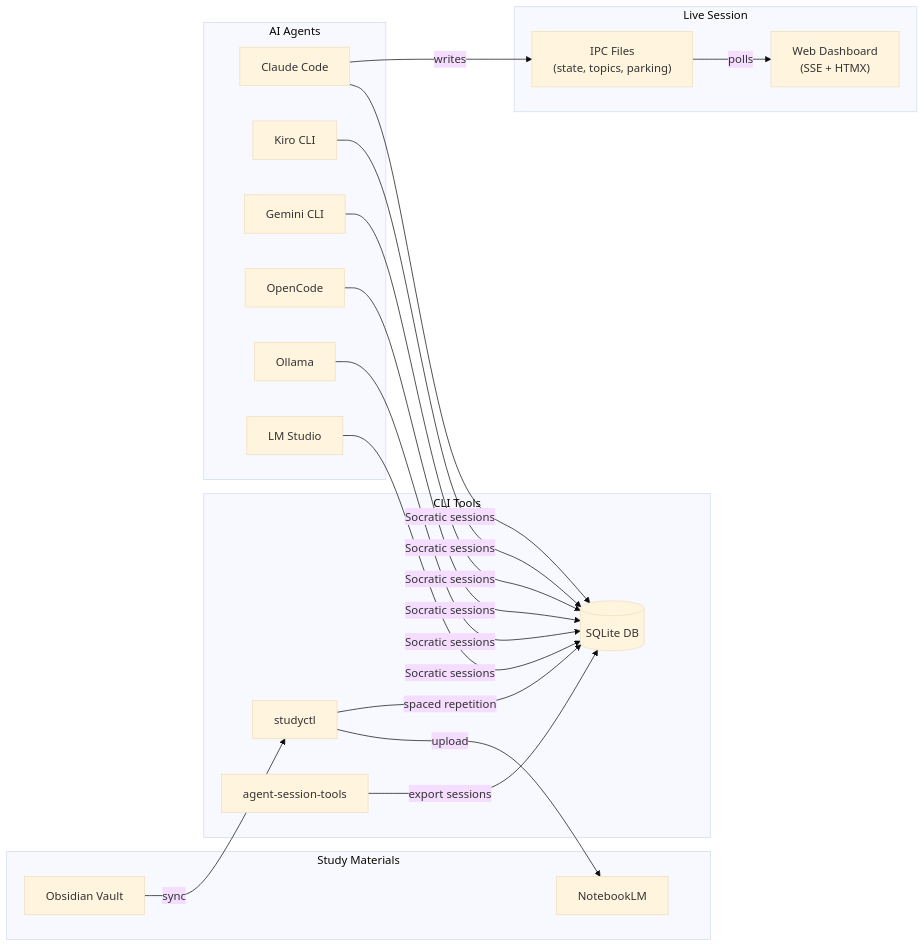
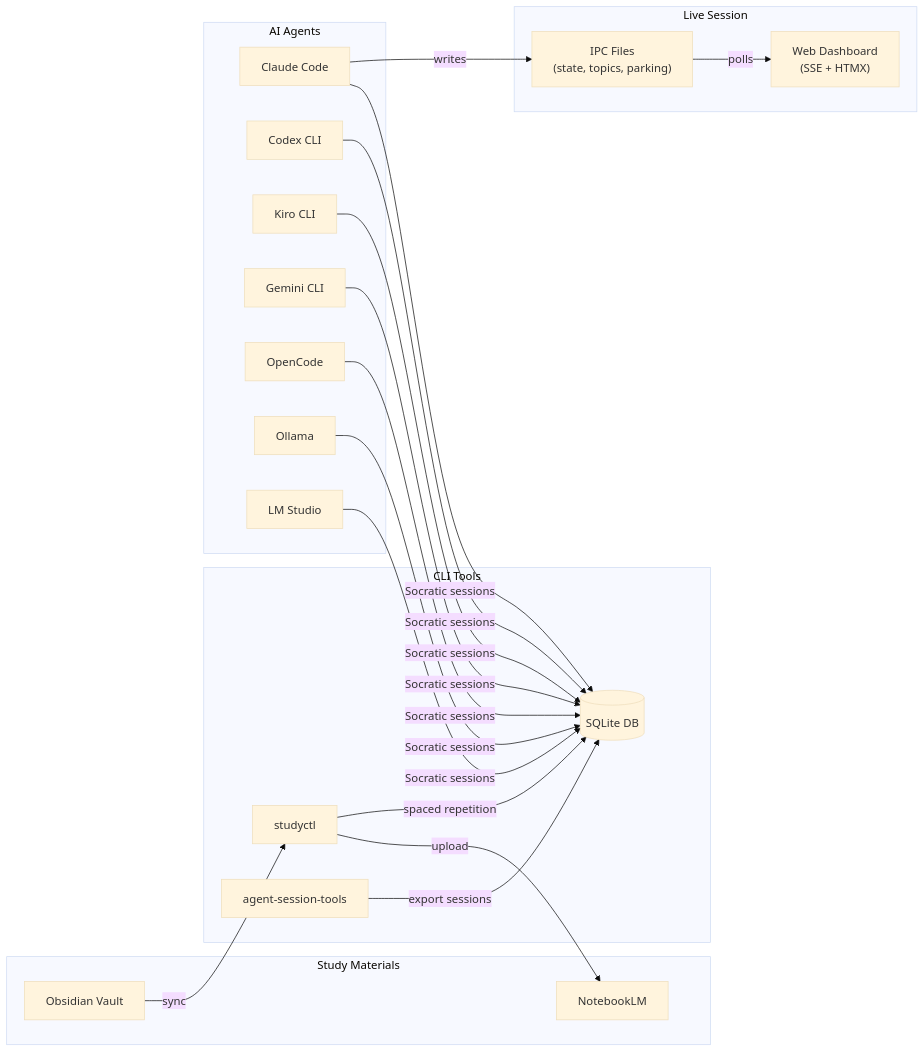
One commit to NetDevAutomate/StudyLoop changed the diagram in README.md. Above: the diagram before and after it, drawn with Mermaid (base theme). The commit also changed other lines of this file and 37 other files, not shown here.

Commit message:
feat: finish remediation backlog and install flow

````diff
--- a/README.md
+++ b/README.md
@@ -40,40 +40,42 @@
 ```mermaid
 graph LR
     subgraph "Study Materials"
         OB[Obsidian Vault]
         NLM[NotebookLM]
     end
 
     subgraph "CLI Tools"
         SC[studyctl]
         AST[agent-session-tools]
         DB[(SQLite DB)]
     end
 
     subgraph "AI Agents"
         CA[Claude Code]
+        CX[Codex CLI]
         KA[Kiro CLI]
         GA[Gemini CLI]
         OA[OpenCode]
         OL[Ollama]
         LM[LM Studio]
     end
 
     subgraph "Live Session"
         IPC["IPC Files<br/>(state, topics, parking)"]
         SSE["Web Dashboard<br/>(SSE + HTMX)"]
     end
 
     OB -->|sync| SC
     SC -->|upload| NLM
     SC -->|spaced repetition| DB
     AST -->|export sessions| DB
     CA -->|Socratic sessions| DB
+    CX -->|Socratic sessions| DB
     KA -->|Socratic sessions| DB
     GA -->|Socratic sessions| DB
     OA -->|Socratic sessions| DB
     OL -->|Socratic sessions| DB
     LM -->|Socratic sessions| DB
     CA -->|writes| IPC
     IPC -->|polls| SSE
 ```
````
